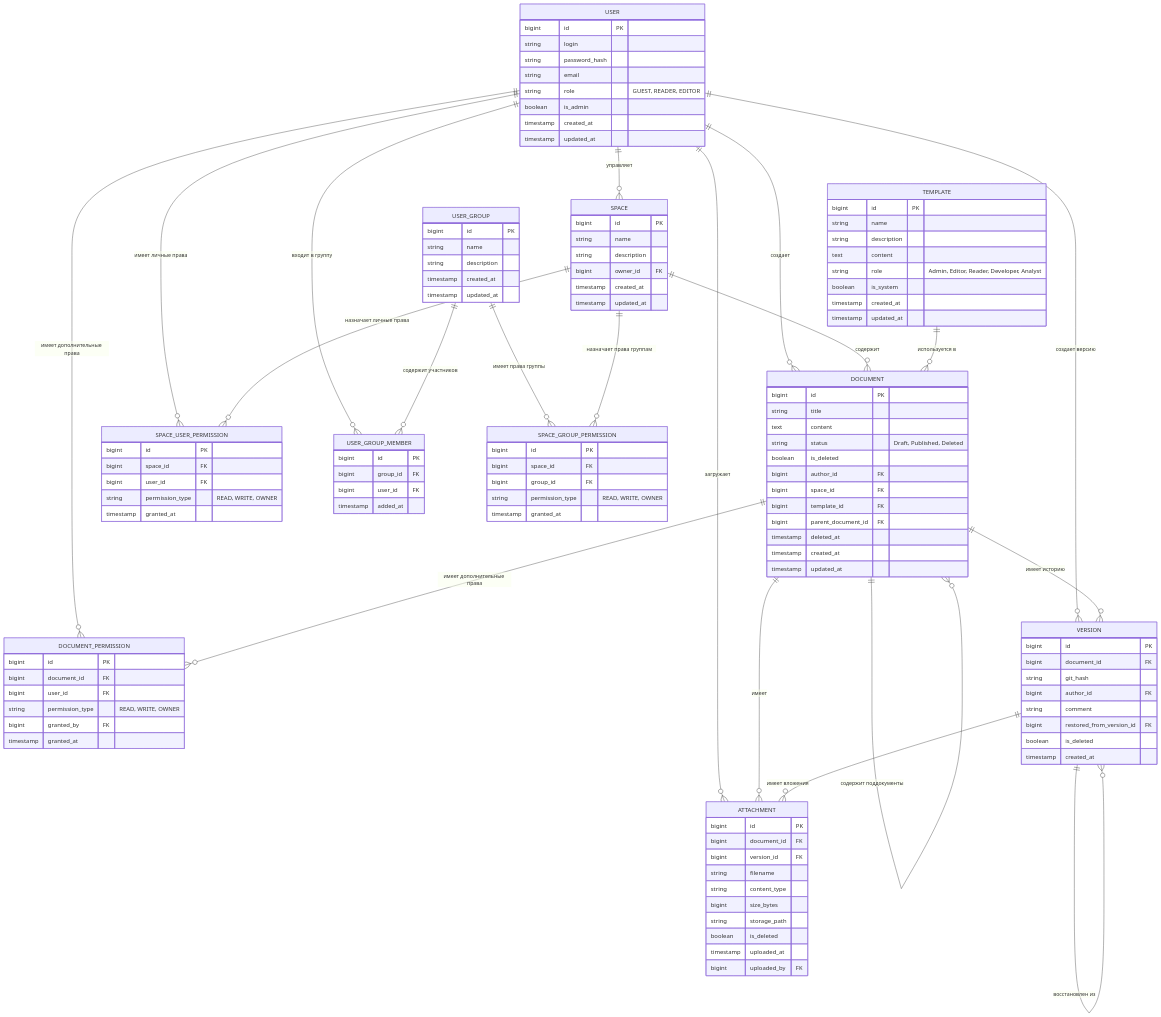
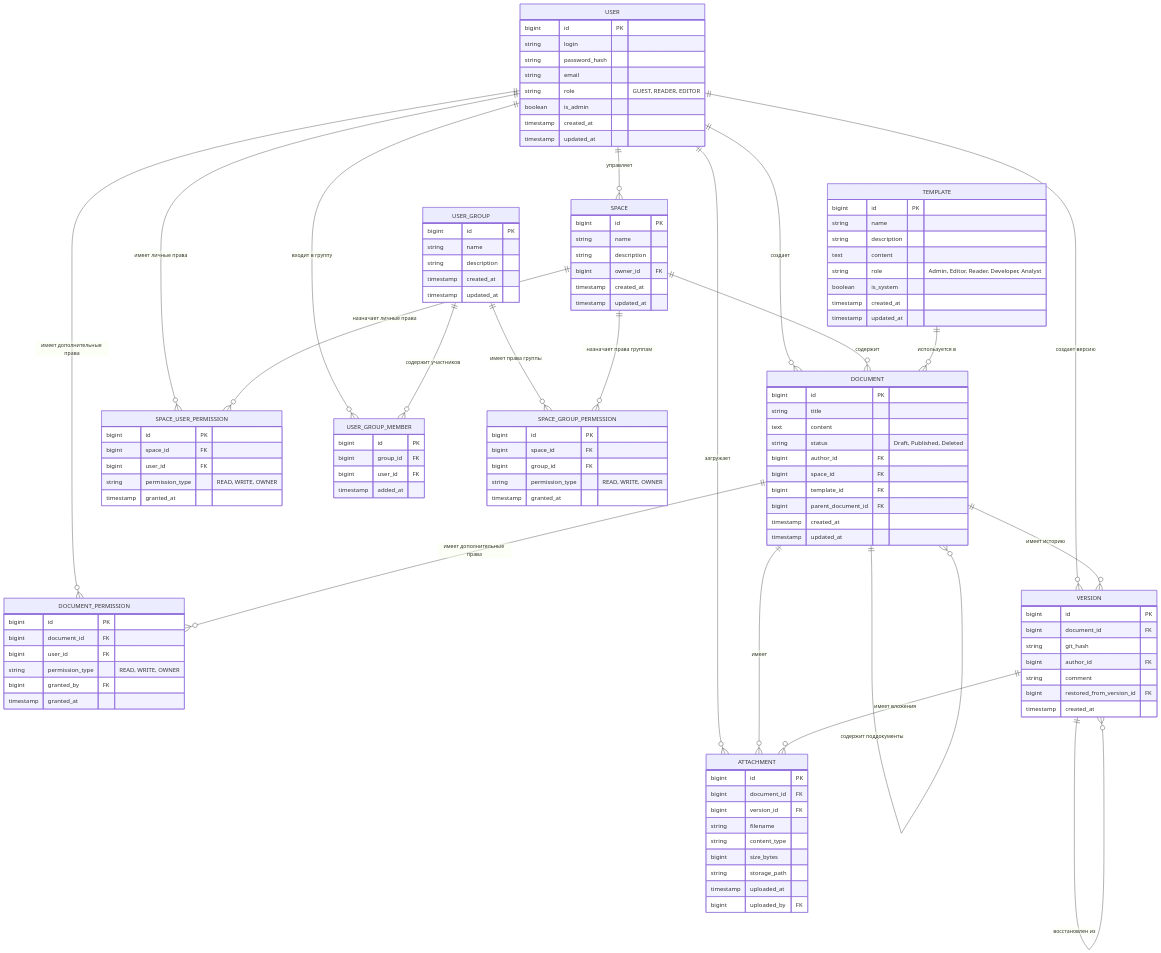
One commit to C23-501-SoftDev/Docs changed the diagram in documents/120.data-model.md. Above: the diagram before and after it, drawn with Mermaid. The commit also changed other lines of this file and 3 other files, not shown here.

```diff
--- a/documents/120.data-model.md
+++ b/documents/120.data-model.md
@@ -96,12 +96,10 @@
         string title
         text content
         string status "Draft, Published, Deleted"
-        boolean is_deleted
         bigint author_id FK
         bigint space_id FK
         bigint template_id FK
         bigint parent_document_id FK
-        timestamp deleted_at
         timestamp created_at
         timestamp updated_at
     }
@@ -113,7 +111,6 @@
         bigint author_id FK
         string comment
         bigint restored_from_version_id FK
-        boolean is_deleted
         timestamp created_at
     }
 
@@ -125,7 +122,6 @@
         string content_type
         bigint size_bytes
         string storage_path
-        boolean is_deleted
         timestamp uploaded_at
         bigint uploaded_by FK
     }
```
